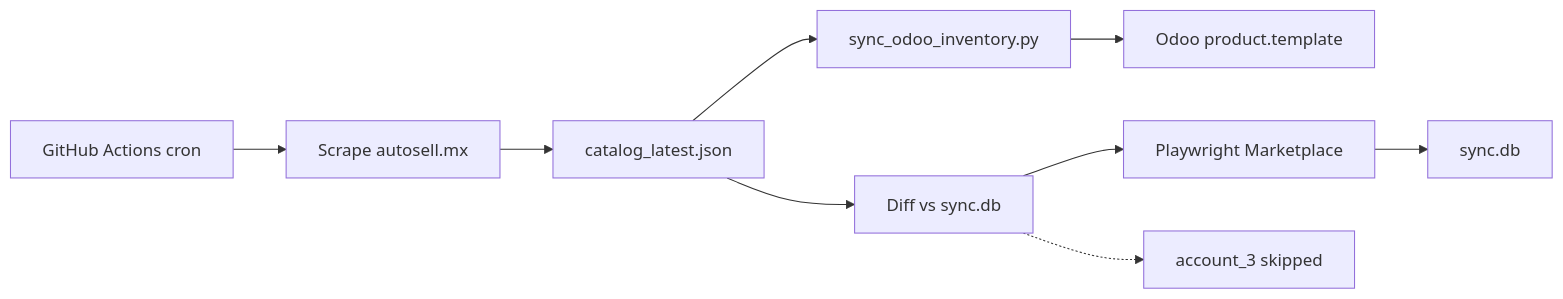
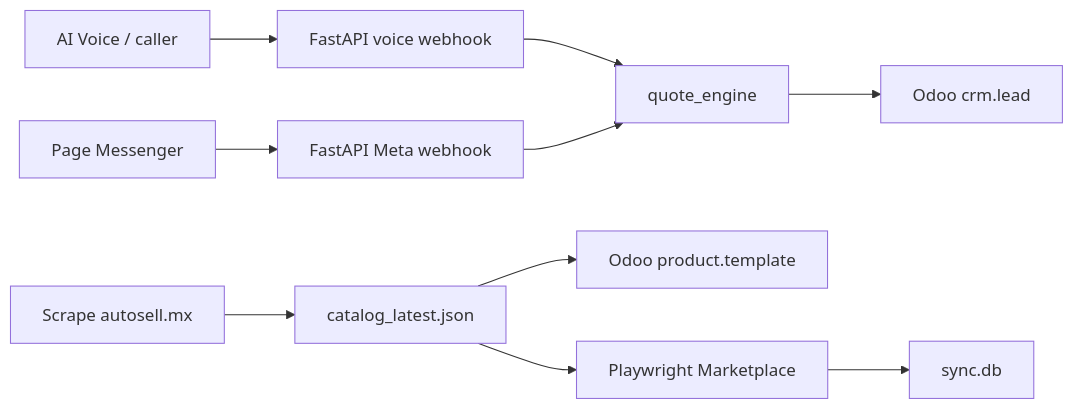
Before and after one commit to mg22mex/auto-upload: the first of 2 diagrams in README.md, drawn with Mermaid. The commit also changed other lines of this file and 8 other files, not shown here.

First line of the commit message:
Add Meta Messenger webhook gateway and document Phase 2 channels.

````diff
--- a/README.md
+++ b/README.md
@@ -26,21 +29,24 @@
 ```mermaid
 flowchart LR
-    GH["GitHub Actions cron"]
+    CALLER["AI Voice / caller"]
+    WEBHOOK["FastAPI voice webhook"]
+    MSG["Page Messenger"]
+    META["FastAPI Meta webhook"]
+    QUOTE["quote_engine"]
+    LEAD["Odoo crm.lead"]
     SC["Scrape autosell.mx"]
     SNAP["catalog_latest.json"]
-    ODOO["sync_odoo_inventory.py"]
     ERP["Odoo product.template"]
-    DF["Diff vs sync.db"]
     FB["Playwright Marketplace"]
     DB["sync.db"]
-    SKIP["account_3 skipped"]
 
-    GH --> SC
+    CALLER --> WEBHOOK
+    WEBHOOK --> QUOTE
+    MSG --> META
+    META --> QUOTE
+    QUOTE --> LEAD
     SC --> SNAP
-    SNAP --> ODOO
-    ODOO --> ERP
-    SNAP --> DF
-    DF --> FB
+    SNAP --> ERP
+    SNAP --> FB
     FB --> DB
-    DF -.-> SKIP
 ```
````
